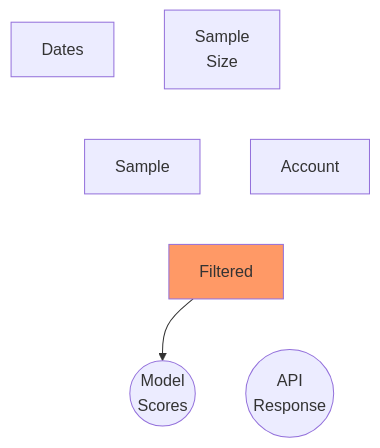
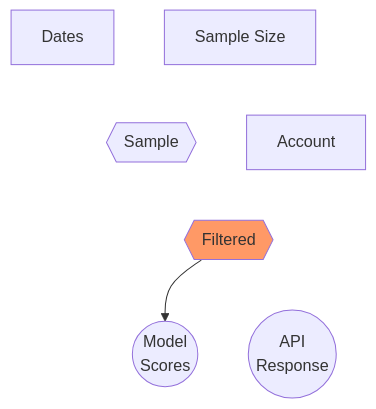
One commit to gshotwell/shiny-algorithm changed the third of 16 diagrams in _reactive-calc.qmd. Above: the diagram before and after it, drawn with Mermaid. The commit also changed other lines of this file, not shown here.

````diff
--- a/_reactive-calc.qmd
+++ b/_reactive-calc.qmd
@@ -34,13 +34,13 @@
 ```{mermaid}
 %%| fig-width: 4
 flowchart TD
-  D[Dates] --> Sa[Sample]
-  S[Sample\nSize] --> Sa
-  Sa --> F[Filtered]:::changed
+  D[Dates] --> Sa{{Sample}}
+  S[Sample Size] --> Sa
+  Sa --> F{{Filtered}}:::changed
   A[Account] --> F
   F --> P2((Model\nScores))
   F --> P1((API\nResponse))
   
   classDef changed fill:#f96
   linkStyle 0,1,2,3,5 display:none
 ```
````
